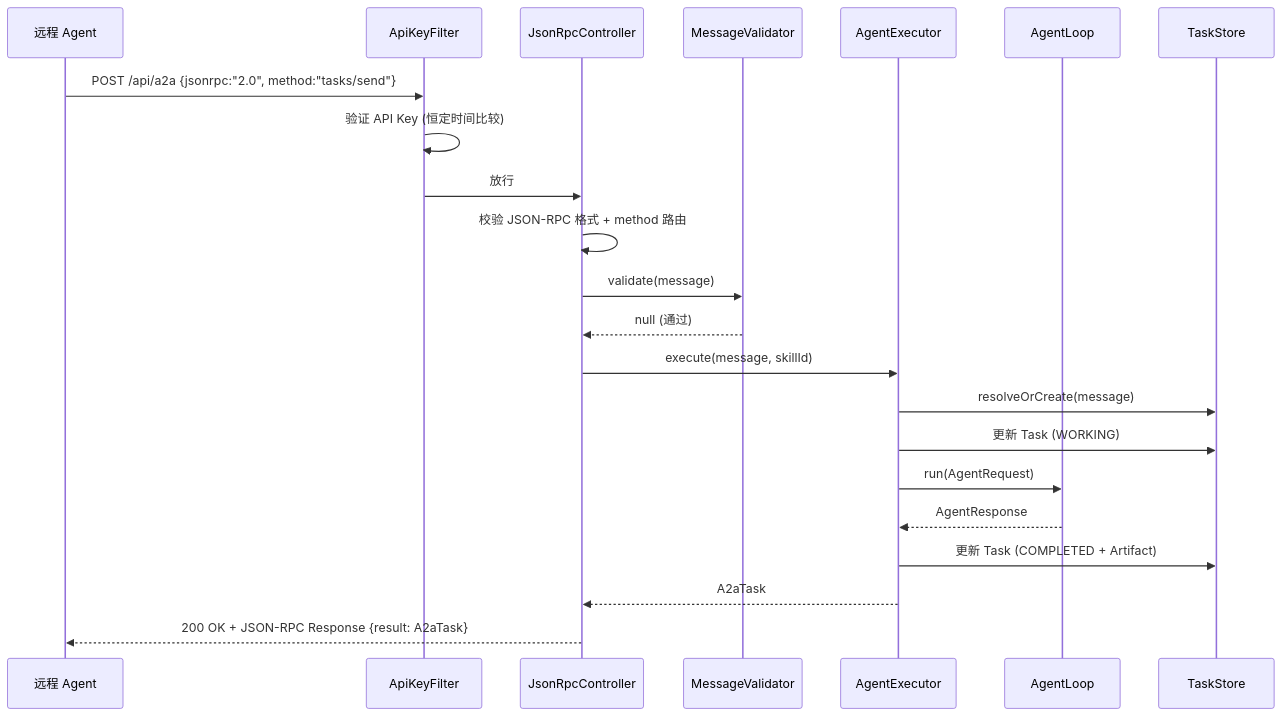
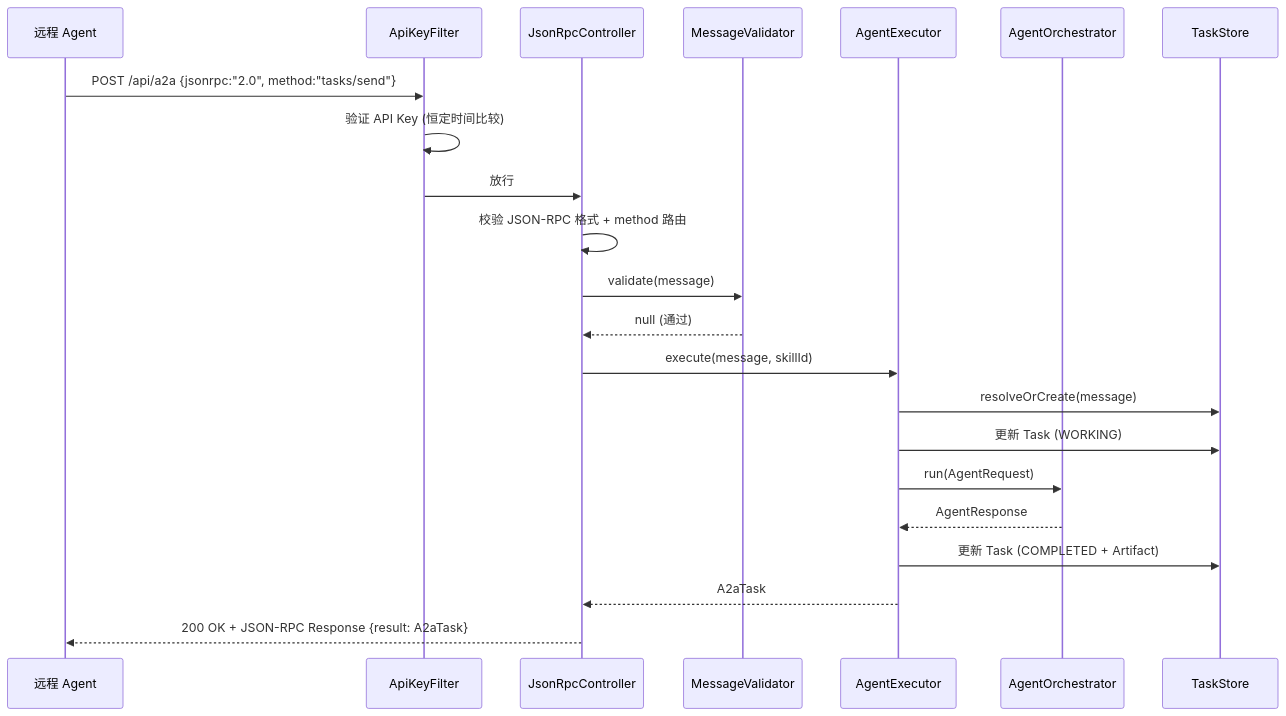
One commit to ntygod/LifePilot changed the second of 3 diagrams in docs/architecture/a2a-protocol.md. Above: the diagram before and after it, drawn with Mermaid. The commit also changed other lines of this file and 14 other files, not shown here.

````diff
--- a/docs/architecture/a2a-protocol.md
+++ b/docs/architecture/a2a-protocol.md
@@ -104,25 +104,25 @@
 ```mermaid
 sequenceDiagram
     participant RA as 远程 Agent
     participant AKF as ApiKeyFilter
     participant AJRC as JsonRpcController
     participant AMV as MessageValidator
     participant AAE as AgentExecutor
-    participant AL as AgentLoop
+    participant AL as AgentOrchestrator
     participant ATS as TaskStore
 
     RA->>AKF: POST /api/a2a {jsonrpc:"2.0", method:"tasks/send"}
     AKF->>AKF: 验证 API Key (恒定时间比较)
     AKF->>AJRC: 放行
     AJRC->>AJRC: 校验 JSON-RPC 格式 + method 路由
     AJRC->>AMV: validate(message)
     AMV-->>AJRC: null (通过)
     AJRC->>AAE: execute(message, skillId)
     AAE->>ATS: resolveOrCreate(message)
     AAE->>ATS: 更新 Task (WORKING)
     AAE->>AL: run(AgentRequest)
     AL-->>AAE: AgentResponse
     AAE->>ATS: 更新 Task (COMPLETED + Artifact)
     AAE-->>AJRC: A2aTask
     AJRC-->>RA: 200 OK + JSON-RPC Response {result: A2aTask}
 ```
````
